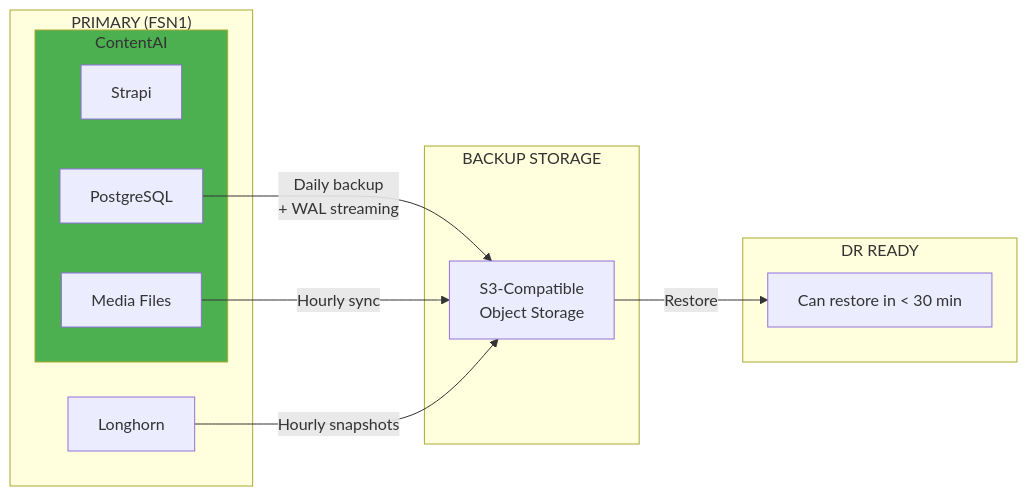
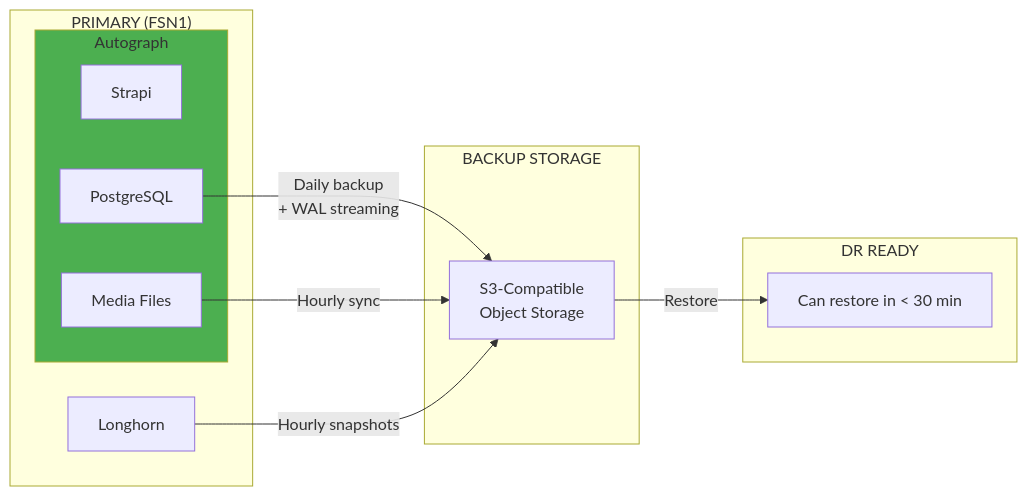
One commit to PearlThoughtsInternship/Internship-Obsidian-Vault changed the eighth of 9 diagrams in DevOps/01-Product/04-Target-Architecture.md. Above: the diagram before and after it, drawn with Mermaid. The commit also changed other lines of this file and 8 other files, not shown here.

First line of the commit message:
rebrand: Complete ContentAI → Autograph rename across all docs

````diff
--- a/DevOps/01-Product/04-Target-Architecture.md
+++ b/DevOps/01-Product/04-Target-Architecture.md
@@ -385,26 +385,26 @@
 ```mermaid
 flowchart LR
     subgraph Primary["PRIMARY (FSN1)"]
-        subgraph ContentAI["ContentAI"]
+        subgraph Autograph["Autograph"]
             Strapi["Strapi"]
             PG["PostgreSQL"]
             Media["Media Files"]
         end
         LH1["Longhorn"]
     end
 
     subgraph Backup["BACKUP STORAGE"]
         S3["S3-Compatible\nObject Storage"]
     end
 
     subgraph DR["DR READY"]
         Restore["Can restore in < 30 min"]
     end
 
     PG -->|"Daily backup\n+ WAL streaming"| S3
     Media -->|"Hourly sync"| S3
     LH1 -->|"Hourly snapshots"| S3
     S3 -->|"Restore"| Restore
 
-    style ContentAI fill:#4CAF50
+    style Autograph fill:#4CAF50
 ```
````
